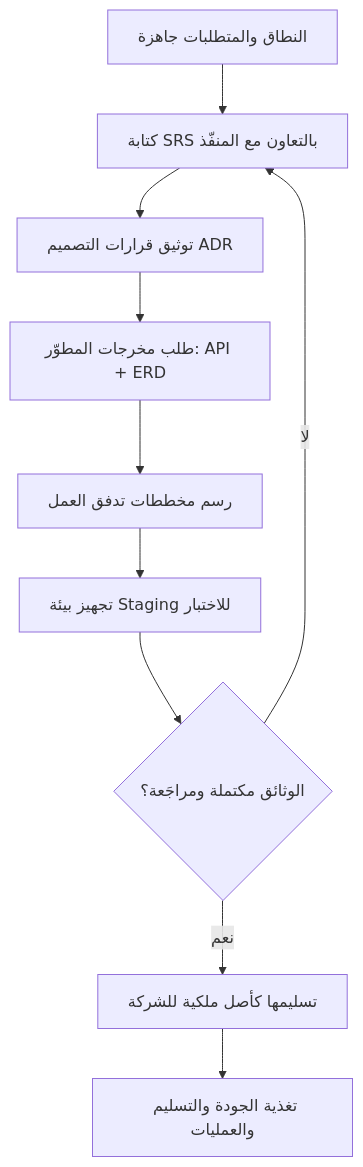
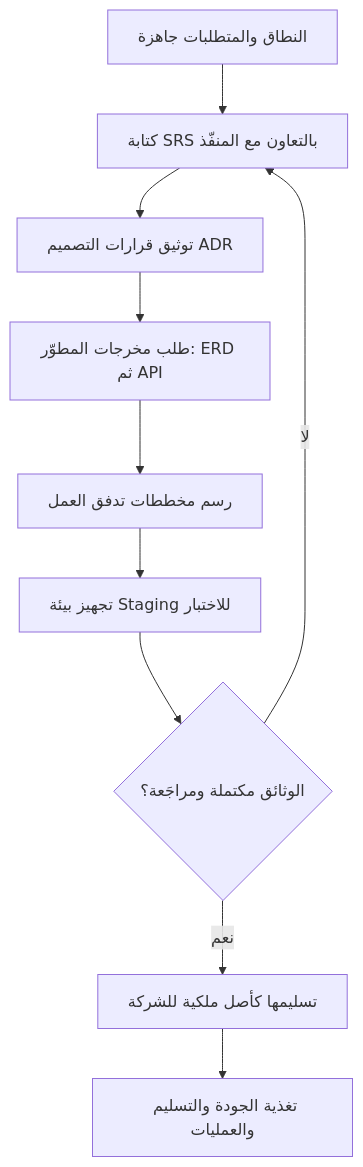
The second of 2 diagrams in content/دراسات الحالة/Afia Case Study/09 - التوثيق التقني.md (MohammedFattay/Project_Management_Notes), drawn with Mermaid before and after one commit. The commit also changed other lines of this file and 184 other files, not shown here.

````diff
--- a/content/دراسات الحالة/Afia Case Study/09 - التوثيق التقني.md
+++ b/content/دراسات الحالة/Afia Case Study/09 - التوثيق التقني.md
@@ -53,12 +109,12 @@
 ```mermaid
 flowchart TD
     A["النطاق والمتطلبات جاهزة"] --> B["كتابة SRS بالتعاون مع المنفّذ"]
     B --> C["توثيق قرارات التصميم ADR"]
-    C --> D["طلب مخرجات المطوّر: API + ERD"]
+    C --> D["طلب مخرجات المطوّر: ERD ثم API"]
     D --> E["رسم مخططات تدفق العمل"]
     E --> F["تجهيز بيئة Staging للاختبار"]
     F --> G{"الوثائق مكتملة ومراجَعة؟"}
     G -- "لا" --> B
     G -- "نعم" --> H["تسليمها كأصل ملكية للشركة"]
     H --> I["تغذية الجودة والتسليم والعمليات"]
 ```
````
